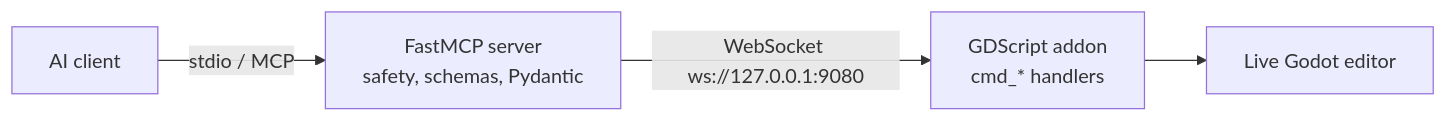
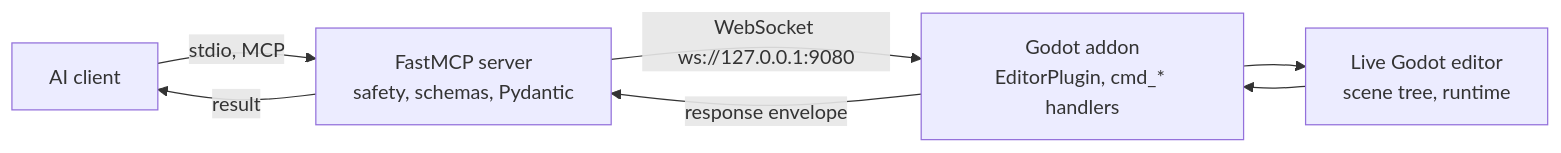
Before and after one commit to hybridindie/wiki-fabric: the diagram in wiki/topics/godot-multi-platform-communication-protocol-mcp.md, drawn with Mermaid. The commit also changed other lines of this file and 43 other files, not shown here.

````diff
--- a/wiki/topics/godot-multi-platform-communication-protocol-mcp.md
+++ b/wiki/topics/godot-multi-platform-communication-protocol-mcp.md
@@ -18,6 +16,9 @@
 ```mermaid
 flowchart LR
-    A[AI client] -- stdio / MCP --> B[FastMCP server<br/>safety, schemas, Pydantic]
-    B -- WebSocket ws://127.0.0.1:9080 --> C[GDScript addon<br/>cmd_* handlers]
-    C --> D[Live Godot editor]
+    A[AI client] -->|stdio, MCP| B[FastMCP server<br/>safety, schemas, Pydantic]
+    B -->|WebSocket ws://127.0.0.1:9080| C[Godot addon<br/>EditorPlugin, cmd_* handlers]
+    C --> D[Live Godot editor<br/>scene tree, runtime]
+    D --> C
+    C -->|response envelope| B
+    B -->|result| A
 ```
````
